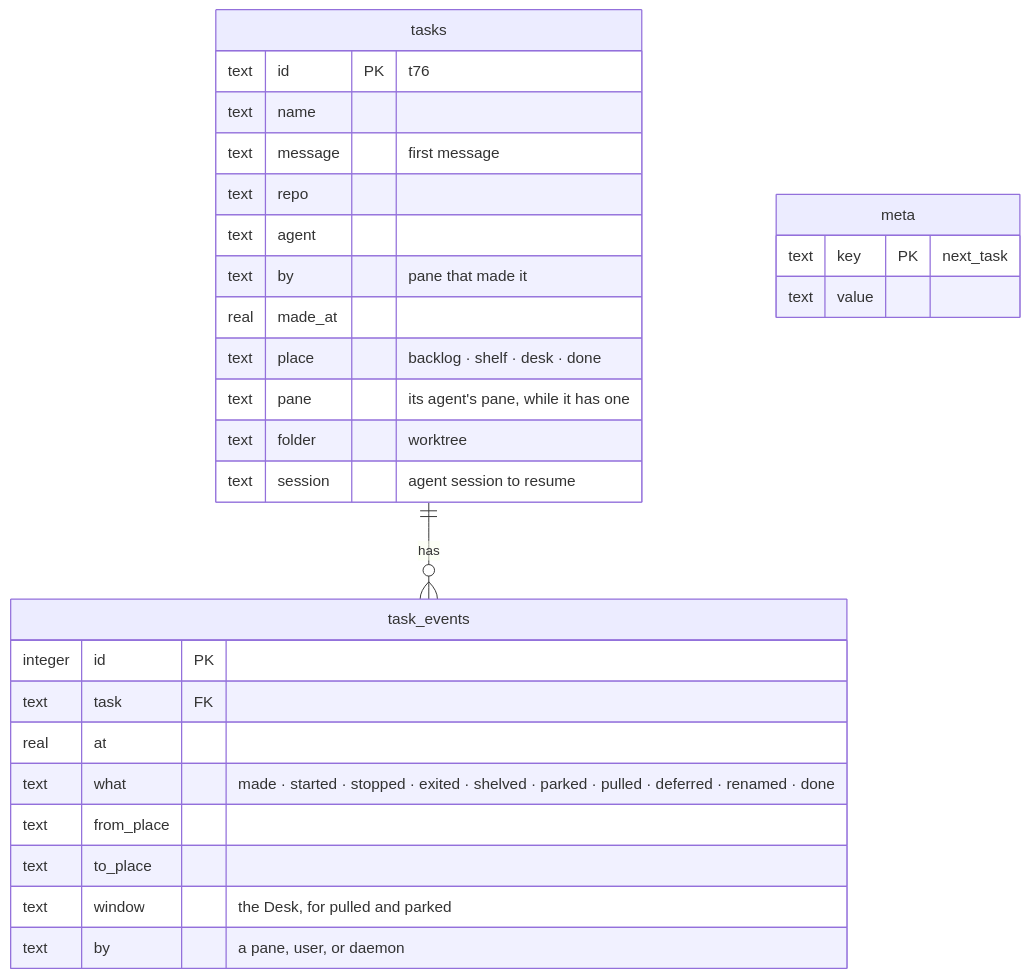
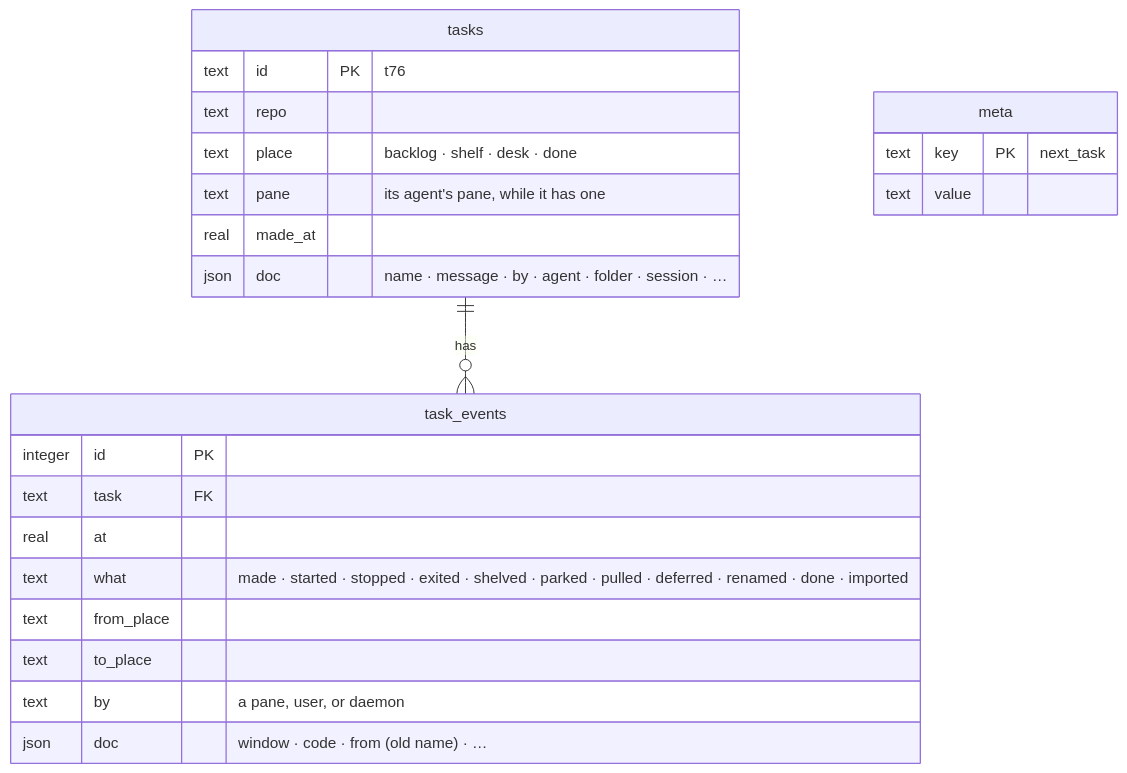
Diagram 18 of 21 in docs/kanna-spec.md (jemdiggity/kanna-v4), drawn with Mermaid before and after one commit. The commit also changed other lines of this file and 9 other files, not shown here.

````diff
--- a/docs/kanna-spec.md
+++ b/docs/kanna-spec.md
@@ -928,31 +929,26 @@
 ```mermaid
 erDiagram
     tasks ||--o{ task_events : "has"
     tasks {
         text id PK "t76"
-        text name
-        text message "first message"
         text repo
-        text agent
-        text by "pane that made it"
-        real made_at
         text place "backlog · shelf · desk · done"
         text pane "its agent's pane, while it has one"
-        text folder "worktree"
-        text session "agent session to resume"
+        real made_at
+        json doc "name · message · by · agent · folder · session · …"
     }
     task_events {
         integer id PK
         text task FK
         real at
-        text what "made · started · stopped · exited · shelved · parked · pulled · deferred · renamed · done"
+        text what "made · started · stopped · exited · shelved · parked · pulled · deferred · renamed · done · imported"
         text from_place
         text to_place
-        text window "the Desk, for pulled and parked"
         text by "a pane, user, or daemon"
+        json doc "window · code · from (old name) · …"
     }
     meta {
         text key PK "next_task"
         text value
     }
 ```
````
